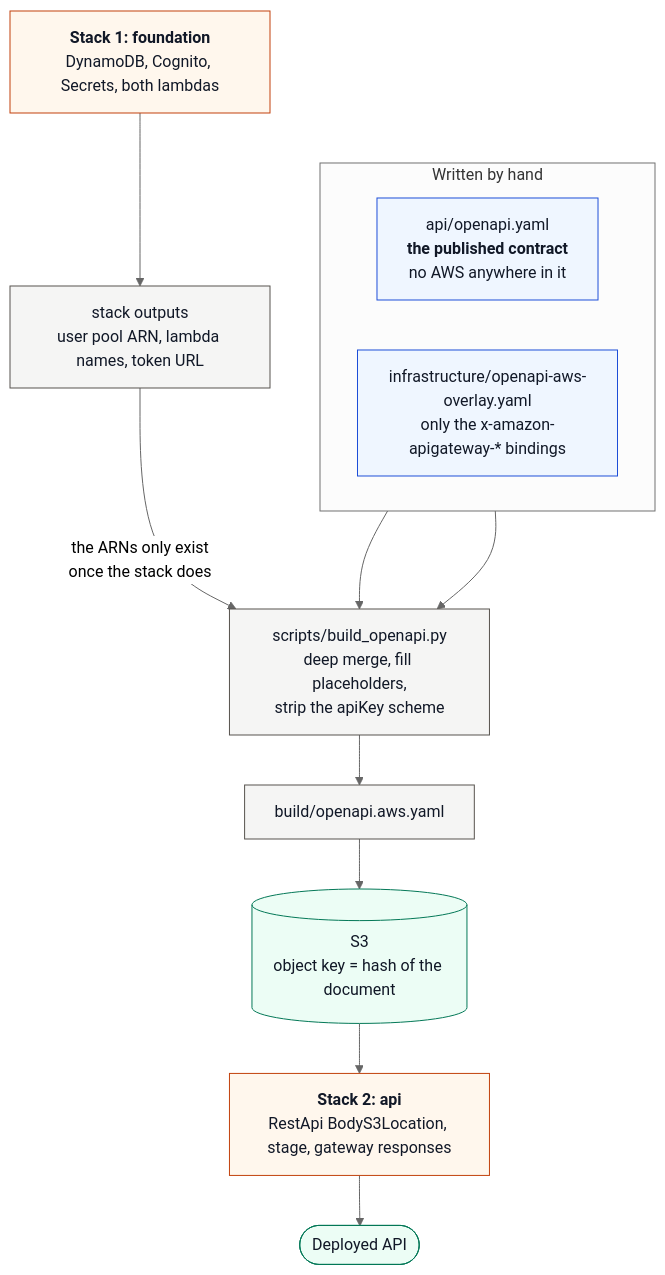
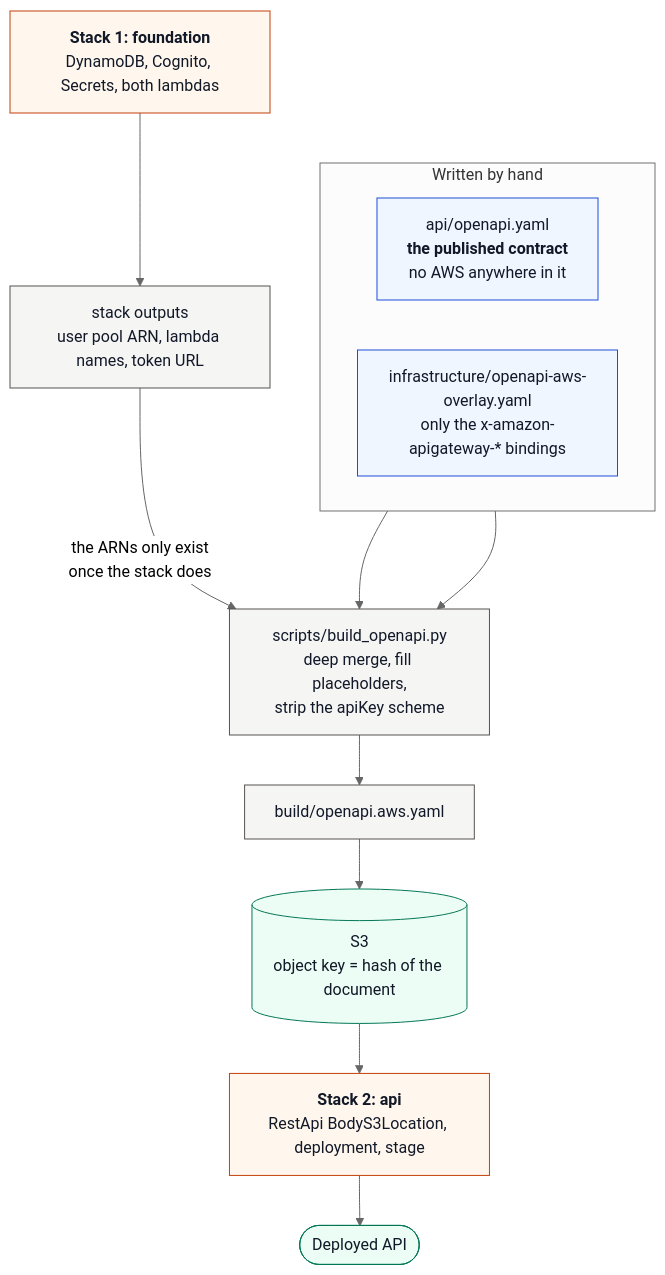
The second of 2 diagrams in README.md (tavkhelidzeluka/announcement-microservice), drawn with Mermaid (neutral theme) before and after one commit. The commit also changed other lines of this file and 8 other files, not shown here.

````diff
--- a/README.md
+++ b/README.md
@@ -141,31 +141,31 @@
 ```mermaid
 flowchart TB
     subgraph authored["Written by hand"]
         direction LR
         contract["api/openapi.yaml<br/><b>the published contract</b><br/>no AWS anywhere in it"]
         overlay["infrastructure/openapi-aws-overlay.yaml<br/>only the x-amazon-apigateway-* bindings"]
     end
 
     found["<b>Stack 1: foundation</b><br/>DynamoDB, Cognito, Secrets, both lambdas"]
     outputs["stack outputs<br/>user pool ARN, lambda names, token URL"]
     merge["scripts/build_openapi.py<br/>deep merge, fill placeholders,<br/>strip the apiKey scheme"]
     built["build/openapi.aws.yaml"]
     s3[("S3<br/>object key = hash of the document")]
-    api["<b>Stack 2: api</b><br/>RestApi BodyS3Location, stage, gateway responses"]
+    api["<b>Stack 2: api</b><br/>RestApi BodyS3Location, deployment, stage"]
     live(["Deployed API"])
 
     contract --> merge
     overlay --> merge
     found --> outputs
     outputs -- "the ARNs only exist<br/>once the stack does" --> merge
     merge --> built --> s3 --> api --> live
 
     classDef src fill:#eff6ff,stroke:#1d4ed8,color:#111827
     classDef step fill:#f5f5f4,stroke:#57534e,color:#111827
     classDef stack fill:#fff7ed,stroke:#c2410c,color:#111827
     classDef out fill:#ecfdf5,stroke:#047857,color:#111827
     class contract,overlay src
     class merge,built,outputs step
     class found,api stack
     class s3,live out
 ```
````
